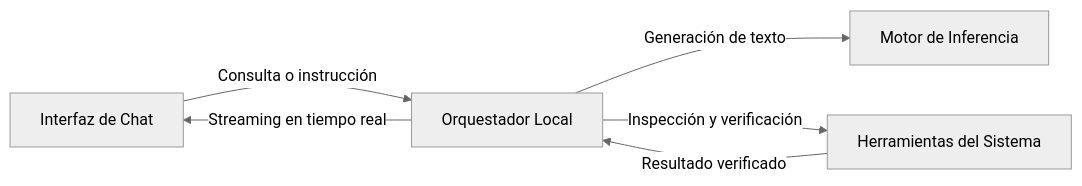
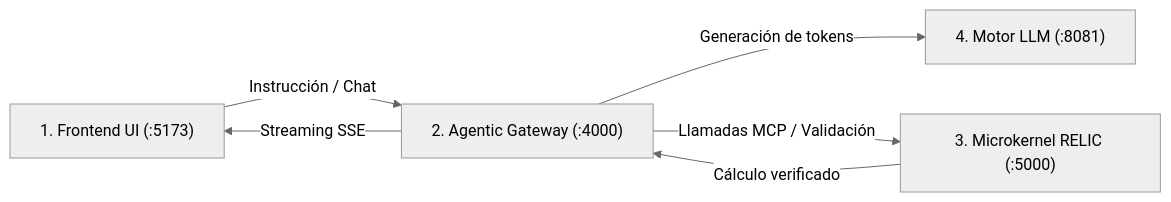
One commit to dev-nikolas/Simple_Domain changed the diagram in README.md. Above: the diagram before and after it, drawn with Mermaid (neutral theme). The commit also changed other lines of this file and 5 other files, not shown here.

````diff
--- a/README.md
+++ b/README.md
@@ -15,8 +22,8 @@
 ```mermaid
 flowchart LR
-    Usuario["Interfaz de Chat"] -->|"Consulta o instrucción"| Gateway["Orquestador Local"]
-    Gateway -->|"Generación de texto"| Motor["Motor de Inferencia"]
-    Gateway -->|"Inspección y verificación"| Herramientas["Herramientas del Sistema"]
-    Herramientas -->|"Resultado verificado"| Gateway
-    Gateway -->|"Streaming en tiempo real"| Usuario
+    Usuario["1. Frontend UI (:5173)"] -->|"Instrucción / Chat"| Gateway["2. Agentic Gateway (:4000)"]
+    Gateway -->|"Generación de tokens"| LLM["4. Motor LLM (:8081)"]
+    Gateway -->|"Llamadas MCP / Validación"| RELIC["3. Microkernel RELIC (:5000)"]
+    RELIC -->|"Cálculo verificado"| Gateway
+    Gateway -->|"Streaming SSE"| Usuario
 ```
````
